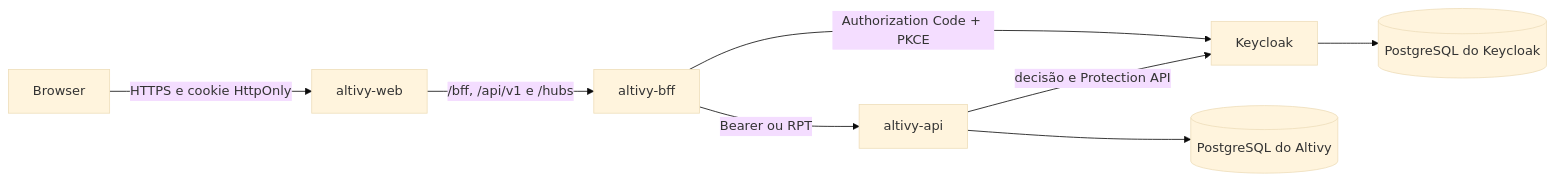
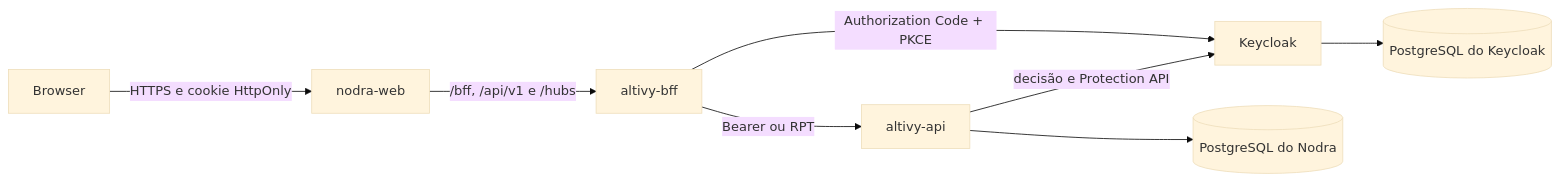
One commit to altivy-it/nodra changed the diagram in docs/configuracao-keycloak.md. Above: the diagram before and after it, drawn with Mermaid (base theme). The commit also changed other lines of this file and 451 other files, not shown here.

````diff
--- a/docs/configuracao-keycloak.md
+++ b/docs/configuracao-keycloak.md
@@ -27,10 +27,10 @@
 ```mermaid
 flowchart LR
-    Browser[Browser] -->|HTTPS e cookie HttpOnly| Web[altivy-web]
+    Browser[Browser] -->|HTTPS e cookie HttpOnly| Web[nodra-web]
     Web -->|/bff, /api/v1 e /hubs| BFF[altivy-bff]
     BFF -->|Authorization Code + PKCE| KC[Keycloak]
     BFF -->|Bearer ou RPT| API[altivy-api]
     API -->|decisão e Protection API| KC
     KC --> KCDB[(PostgreSQL do Keycloak)]
-    API --> APPDB[(PostgreSQL do Altivy)]
+    API --> APPDB[(PostgreSQL do Nodra)]
 ```
````
